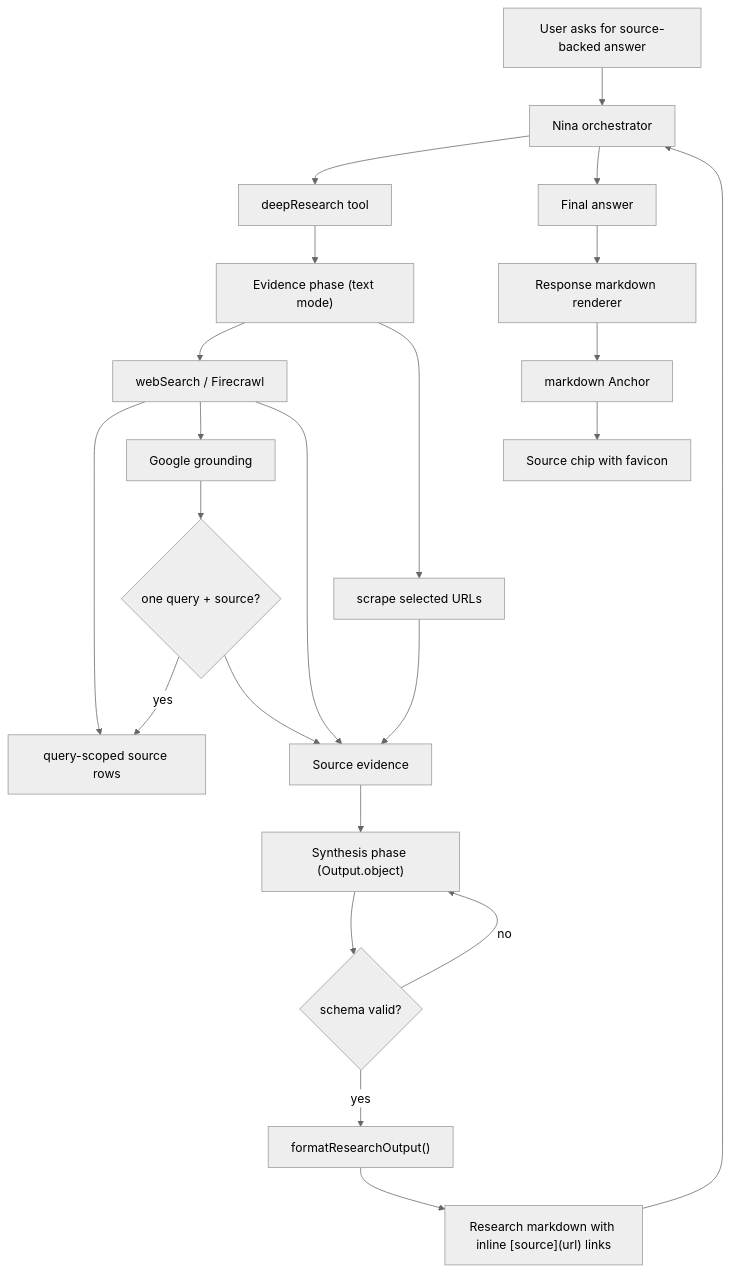
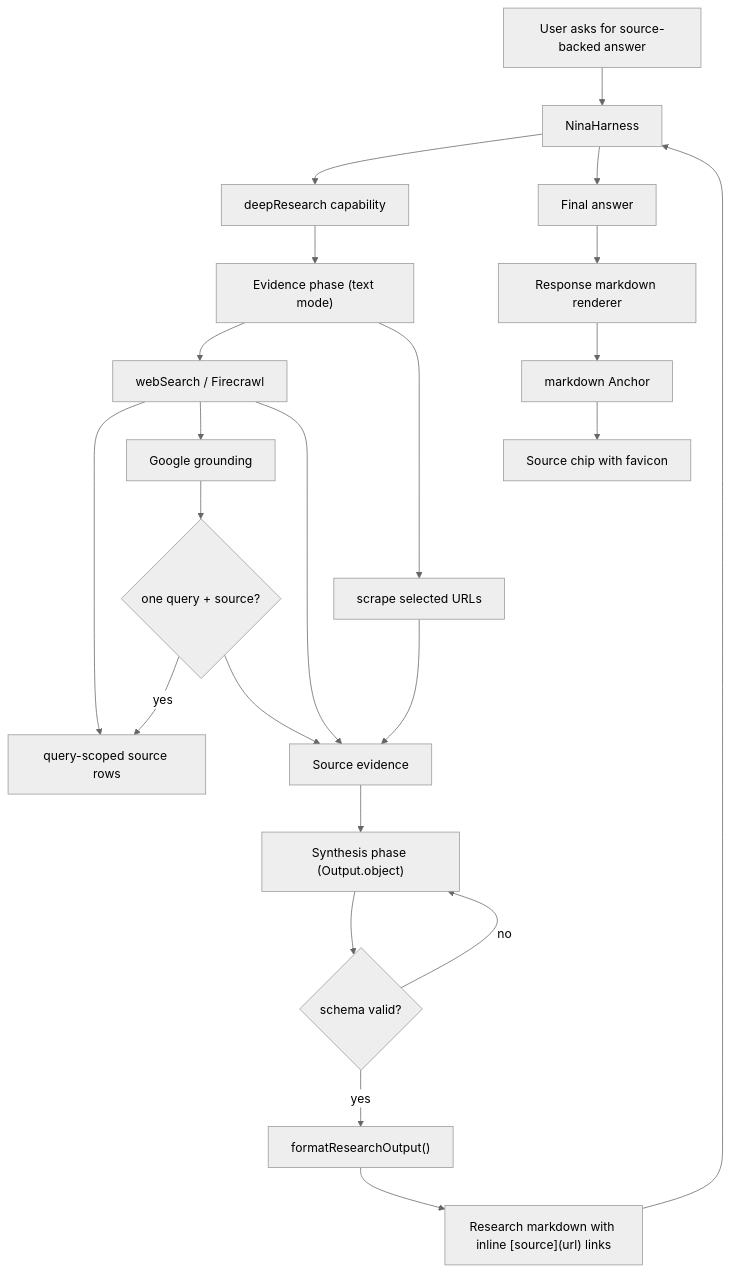
Before and after one commit to nakafaai/nakafa.com: the first of 2 diagrams in packages/ai/agents/docs/research-citations.md, drawn with Mermaid (neutral theme). The commit also changed 190 other files, not shown here.

Commit message:
Learning engagement context and Nina harness (#187)

````diff
--- a/packages/ai/agents/docs/research-citations.md
+++ b/packages/ai/agents/docs/research-citations.md
@@ -18,25 +18,25 @@
 ```mermaid
 flowchart TD
-  User["User asks for source-backed answer"] --> Orchestrator["Nina orchestrator"]
-  Orchestrator --> Research["deepResearch tool"]
+  User["User asks for source-backed answer"] --> Harness["NinaHarness"]
+  Harness --> Research["deepResearch capability"]
   Research --> Evidence["Evidence phase (text mode)"]
   Evidence --> Firecrawl["webSearch / Firecrawl"]
   Firecrawl --> SearchUI["query-scoped source rows"]
   Firecrawl --> Google["Google grounding"]
   Google --> GroundingGate{"one query + source?"}
   GroundingGate -->|yes| SearchUI
   Firecrawl --> Sources["Source evidence"]
   GroundingGate --> Sources
   Evidence --> Scrape["scrape selected URLs"]
   Scrape --> Sources
   Sources --> Synthesis["Synthesis phase (Output.object)"]
   Synthesis --> Retry{"schema valid?"}
   Retry -->|no| Synthesis
   Retry -->|yes| Render["formatResearchOutput()"]
   Render --> Linked["Research markdown with inline [source](url) links"]
-  Linked --> Orchestrator
-  Orchestrator --> Final["Final answer"]
+  Linked --> Harness
+  Harness --> Final["Final answer"]
   Final --> Response["Response markdown renderer"]
   Response --> Anchor["markdown Anchor"]
   Anchor --> Source["Source chip with favicon"]
 ```
````
